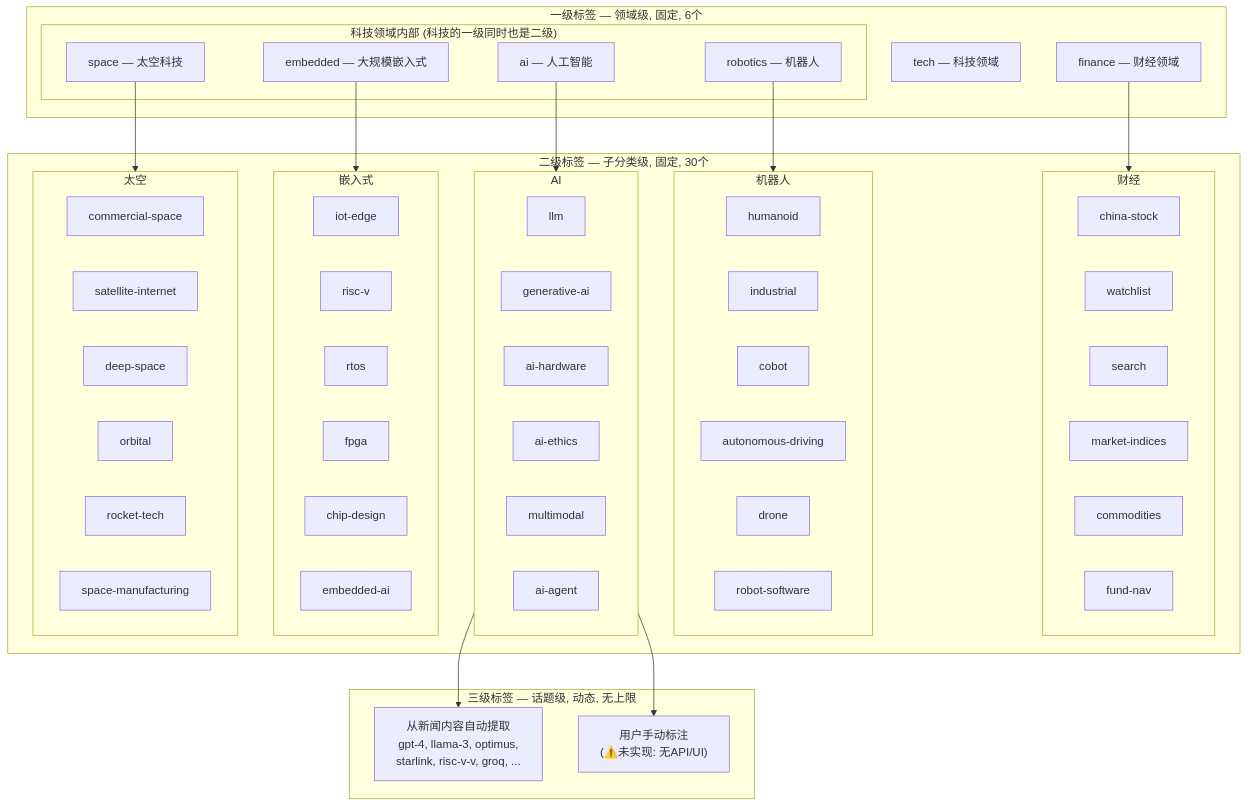
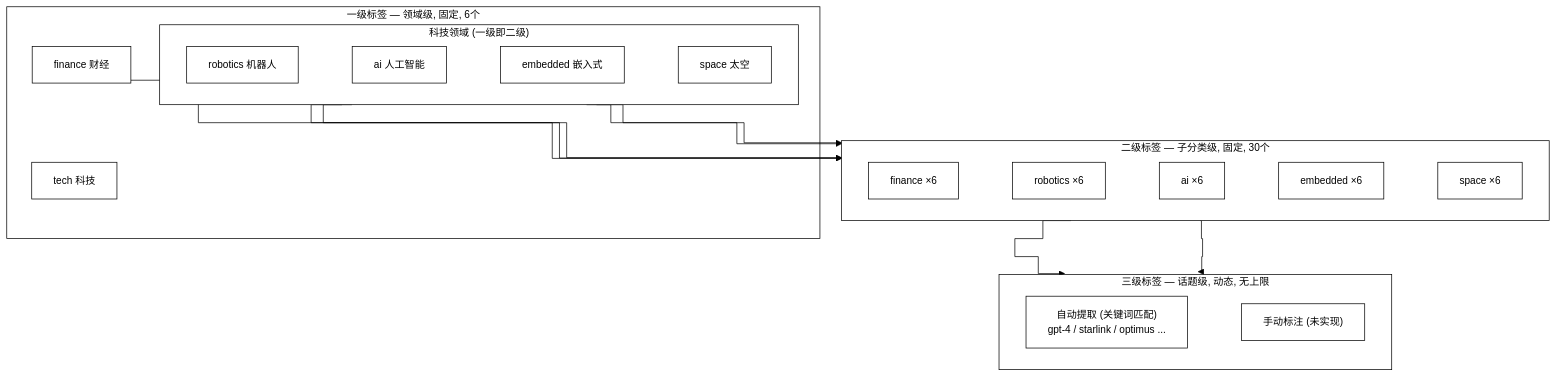
The fifth of 6 diagrams in docs/design/content-categories.md (onceme/instantboard), drawn with Mermaid before and after one commit. The commit also changed other lines of this file and 11 other files, not shown here.

````diff
--- a/docs/design/content-categories.md
+++ b/docs/design/content-categories.md
@@ -479,66 +503,26 @@
 ```mermaid
+%%{init: {"theme": "base", "themeVariables": {"background": "#ffffff", "primaryColor": "#ffffff", "primaryTextColor": "#000000", "primaryBorderColor": "#000000", "lineColor": "#000000", "secondaryColor": "#ffffff", "secondaryTextColor": "#000000", "secondaryBorderColor": "#000000", "tertiaryColor": "#ffffff", "tertiaryTextColor": "#000000", "tertiaryBorderColor": "#000000", "edgeLabelBackground": "#ffffff", "textColor": "#000000", "nodeTextColor": "#000000", "mainBkg": "#ffffff", "nodeBorder": "#000000", "clusterBkg": "#ffffff", "clusterBdr": "#000000", "clusterTextColor": "#000000", "titleColor": "#000000", "fontSize": "14px"}, "flowchart": {"curve": "step", "nodeSpacing": 40, "rankSpacing": 50, "wrappingWidth": 180, "useMaxWidth": true}}}%%
 graph TD
     subgraph level1_tags["一级标签 — 领域级, 固定, 6个"]
-        t_finance["finance — 财经领域"]
-        t_tech["tech — 科技领域"]
-        subgraph tech_level1["科技领域内部 (科技的一级同时也是二级)"]
-            t_robotics["robotics — 机器人"]
-            t_ai["ai — 人工智能"]
-            t_embedded["embedded — 大规模嵌入式"]
-            t_space["space — 太空科技"]
+        t_finance["finance 财经"] ~~~ t_tech["tech 科技"]
+        subgraph tech_level1["科技领域 (一级即二级)"]
+            direction LR
+            t_robotics["robotics 机器人"] ~~~ t_ai["ai 人工智能"] ~~~ t_embedded["embedded 嵌入式"] ~~~ t_space["space 太空"]
         end
     end
     subgraph level2_tags["二级标签 — 子分类级, 固定, 30个"]
-        subgraph fin_l2["财经"]
-            l2_cs["china-stock"]
-            l2_wl["watchlist"]
-            l2_s["search"]
-            l2_mi["market-indices"]
-            l2_com["commodities"]
-            l2_fn["fund-nav"]
-        end
-        subgraph rob_l2["机器人"]
-            l2_h["humanoid"]
-            l2_ind["industrial"]
-            l2_cob["cobot"]
-            l2_ad["autonomous-driving"]
-            l2_dr["drone"]
-            l2_rs["robot-software"]
-        end
-        subgraph ai_l2["AI"]
-            l2_llm["llm"]
-            l2_gen["generative-ai"]
-            l2_ahw["ai-hardware"]
-            l2_eth["ai-ethics"]
-            l2_mm["multimodal"]
-            l2_agt["ai-agent"]
-        end
-        subgraph emb_l2["嵌入式"]
-            l2_iot["iot-edge"]
-            l2_rv["risc-v"]
-            l2_rt["rtos"]
-            l2_fpga["fpga"]
-            l2_cd["chip-design"]
-            l2_eai["embedded-ai"]
-        end
-        subgraph sp_l2["太空"]
-            l2_cs2["commercial-space"]
-            l2_sat["satellite-internet"]
-            l2_ds["deep-space"]
-            l2_orb["orbital"]
-            l2_rkt["rocket-tech"]
-            l2_smf["space-manufacturing"]
-        end
+        direction LR
+        l2_fin["finance ×6"] ~~~ l2_rob["robotics ×6"] ~~~ l2_ai["ai ×6"] ~~~ l2_emb["embedded ×6"] ~~~ l2_sp["space ×6"]
     end
     subgraph level3_tags["三级标签 — 话题级, 动态, 无上限"]
-        auto["从新闻内容自动提取<br/>gpt-4, llama-3, optimus,<br/>starlink, risc-v-v, groq, ..."]
-        manual["用户手动标注<br/>(⚠️未实现: 无API/UI)"]
+        direction LR
+        l3_auto["自动提取 (关键词匹配)<br/>gpt-4 / starlink / optimus ..."] ~~~ l3_manual["手动标注 (未实现)"]
     end
-    t_finance --> fin_l2
-    t_ai --> ai_l2
-    t_robotics --> rob_l2
-    t_embedded --> emb_l2
-    t_space --> sp_l2
-    ai_l2 --> auto
-    ai_l2 --> manual
+    t_finance --> l2_fin
+    t_robotics --> l2_rob
+    t_ai --> l2_ai
+    t_embedded --> l2_emb
+    t_space --> l2_sp
+    level2_tags --> l3_auto
+    level2_tags --> l3_manual
 ```
````
